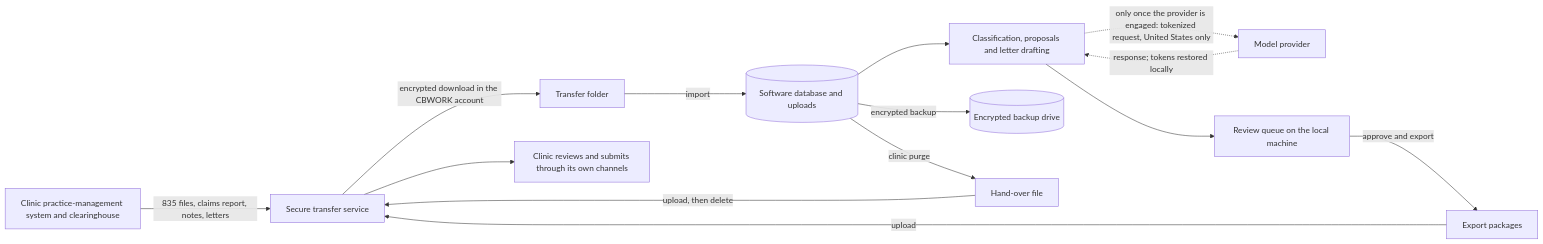
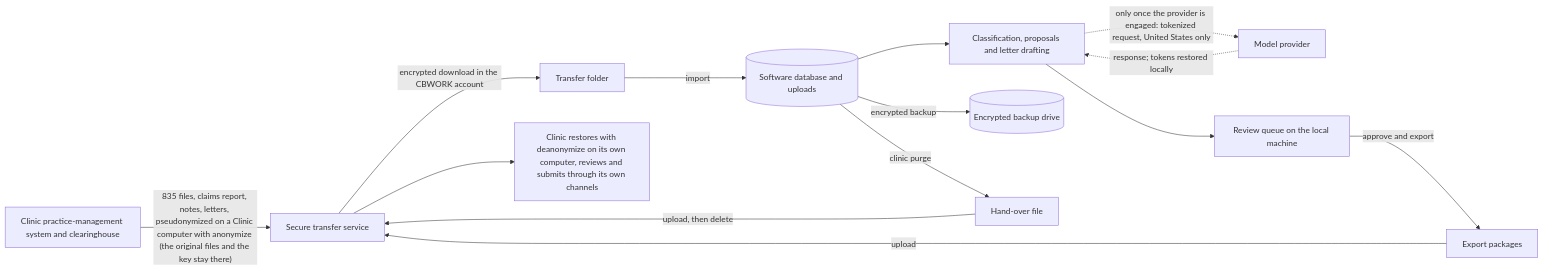
The diagram in docs/compliance/security-risk-analysis.md (Cobez02/denial-recovery-agent), drawn with Mermaid before and after one commit. The commit also changed other lines of this file and 26 other files, not shown here.

````diff
--- a/docs/compliance/security-risk-analysis.md
+++ b/docs/compliance/security-risk-analysis.md
@@ -86,16 +86,16 @@
 ```mermaid
 flowchart LR
-    PM["Clinic practice-management system and clearinghouse"] -->|"835 files, claims report, notes, letters"| SH["Secure transfer service"]
+    PM["Clinic practice-management system and clearinghouse"] -->|"835 files, claims report, notes, letters, pseudonymized on a Clinic computer with anonymize (the original files and the key stay there)"| SH["Secure transfer service"]
     SH -->|"encrypted download in the CBWORK account"| TF["Transfer folder"]
     TF -->|"import"| DB[("Software database and uploads")]
     DB --> PL["Classification, proposals and letter drafting"]
     PL -.->|"only once the provider is engaged: tokenized request, United States only"| MP["Model provider"]
     MP -.->|"response; tokens restored locally"| PL
     PL --> RQ["Review queue on the local machine"]
     RQ -->|"approve and export"| EX["Export packages"]
     EX -->|"upload"| SH
-    SH --> CL["Clinic reviews and submits through its own channels"]
+    SH --> CL["Clinic restores with deanonymize on its own computer, reviews and submits through its own channels"]
     DB -->|"encrypted backup"| BK[("Encrypted backup drive")]
     DB -->|"clinic purge"| HZ["Hand-over file"]
     HZ -->|"upload, then delete"| SH
 ```
````
